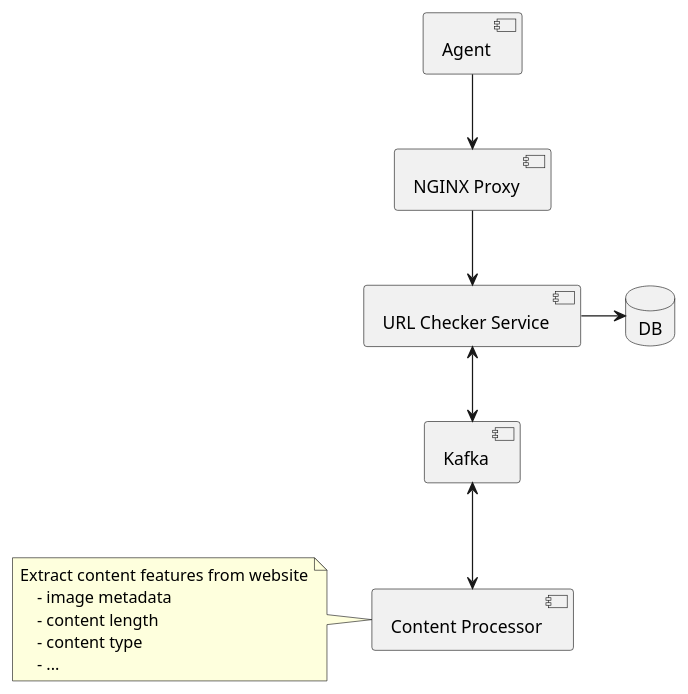
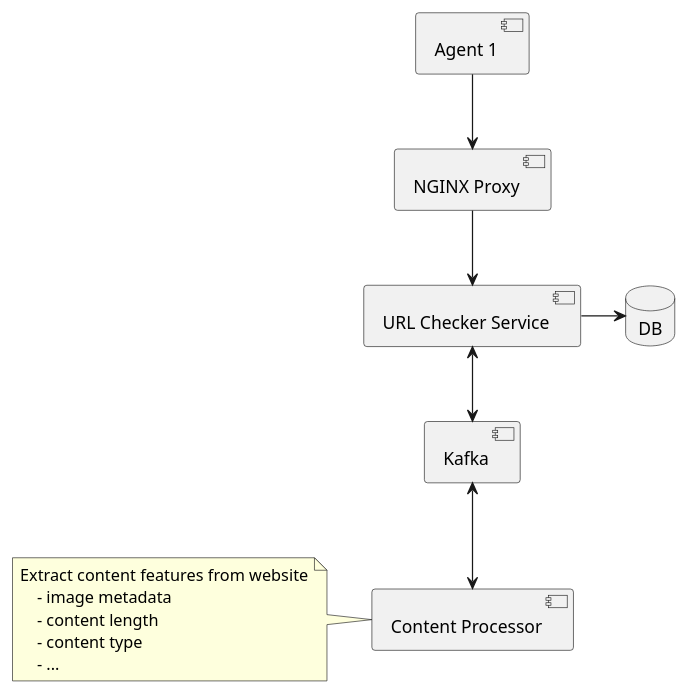
The diagram in url-checker-content.puml (dainius-vaznys-cujo/puml-test-diagrams), drawn with PlantUML before and after one commit.

Commit message:
Diagram update

```diff
--- a/url-checker-content.puml
+++ b/url-checker-content.puml
@@ -1,25 +1,25 @@
 @startuml
 
-    component "Agent" as ag
+    component "Agent 1" as ag
     component "URL Checker Service" as ucs
     component "Content Processor" as cp
     note left
             Extract content features from website
                 - image metadata
                 - content length
                 - content type
                 - ...
     end note
     component "NGINX Proxy" as proxy
     component "Kafka" as kafka
     database "DB" as db
 
     ag -down-> proxy
     proxy -down-> ucs
     ucs <-down-> kafka
     kafka <--> cp
     ucs -> db
 
 
 
 @enduml
```
